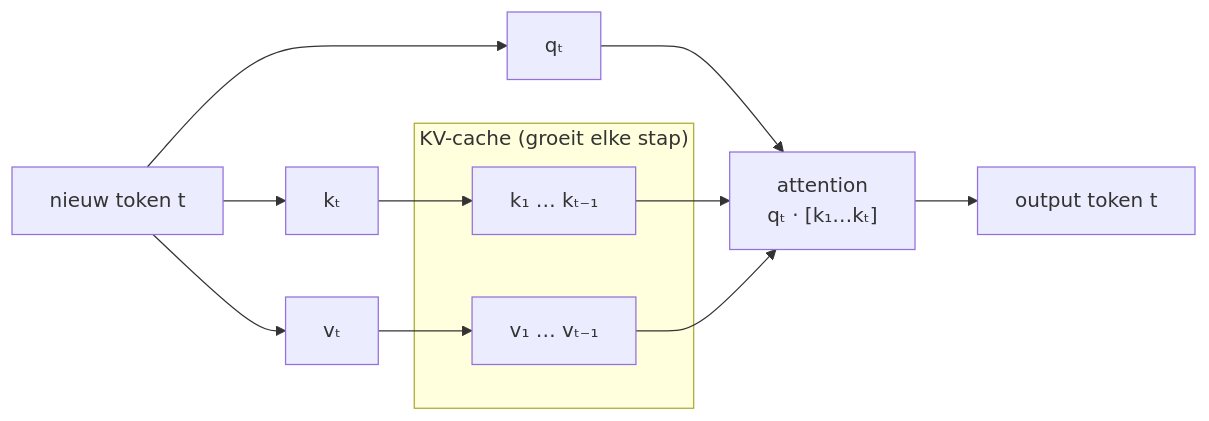
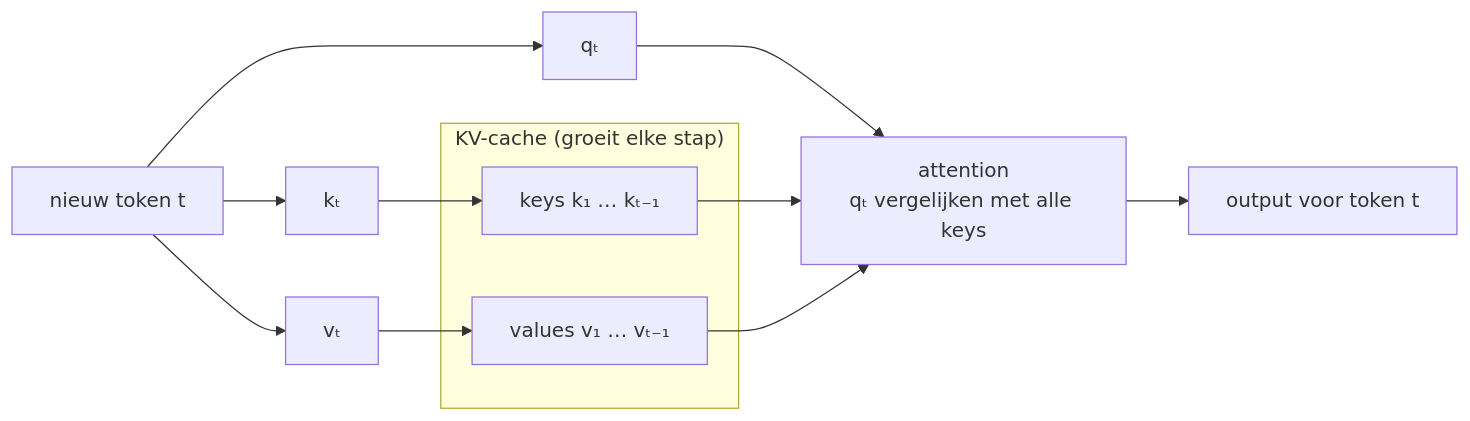
The second of 3 diagrams in modules/01-transformers/notes/1.4-van-model-naar-tekst.md (jeroenderuijter2002/Self-learning-AI), drawn with Mermaid before and after one commit. The commit also changed other lines of this file and 21 other files, not shown here.

````diff
--- a/modules/01-transformers/notes/1.4-van-model-naar-tekst.md
+++ b/modules/01-transformers/notes/1.4-van-model-naar-tekst.md
@@ -75,14 +127,14 @@
 ```mermaid
 flowchart LR
     subgraph cache["KV-cache (groeit elke stap)"]
-        K["k₁ … kₜ₋₁"]
-        V["v₁ … vₜ₋₁"]
+        K["keys k₁ … kₜ₋₁"]
+        V["values v₁ … vₜ₋₁"]
     end
     new["nieuw token t"] --> q["qₜ"]
     new --> k["kₜ"] --> K
     new --> v["vₜ"] --> V
-    q --> att["attention<br/>qₜ · [k₁…kₜ]"]
+    q --> att["attention<br/>qₜ vergelijken met alle keys"]
     K --> att
     V --> att
-    att --> out["output token t"]
+    att --> out["output voor token t"]
 ```
````
